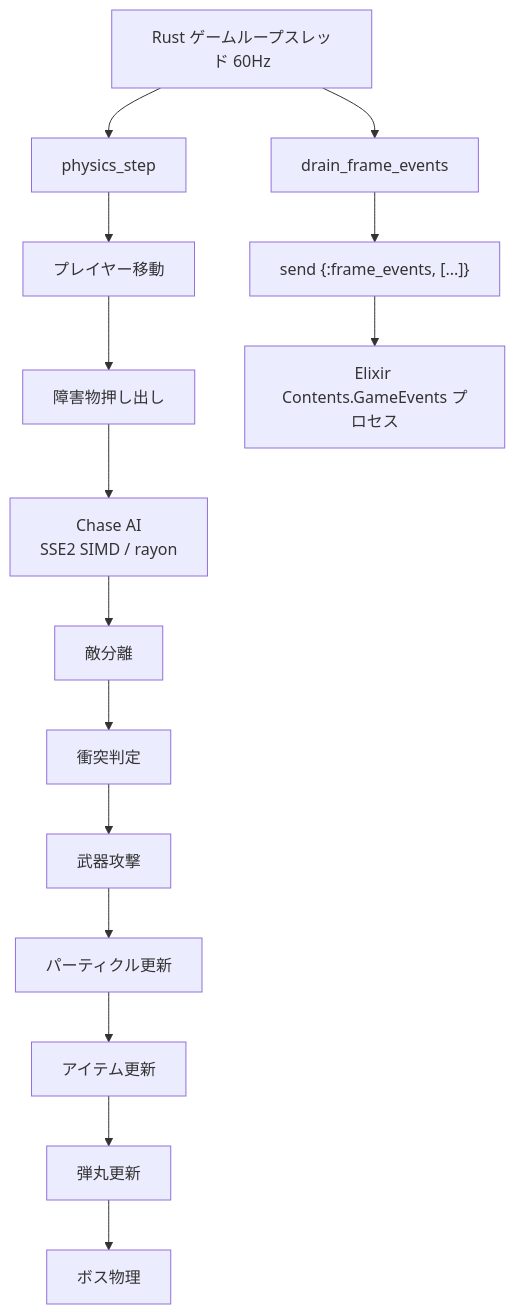
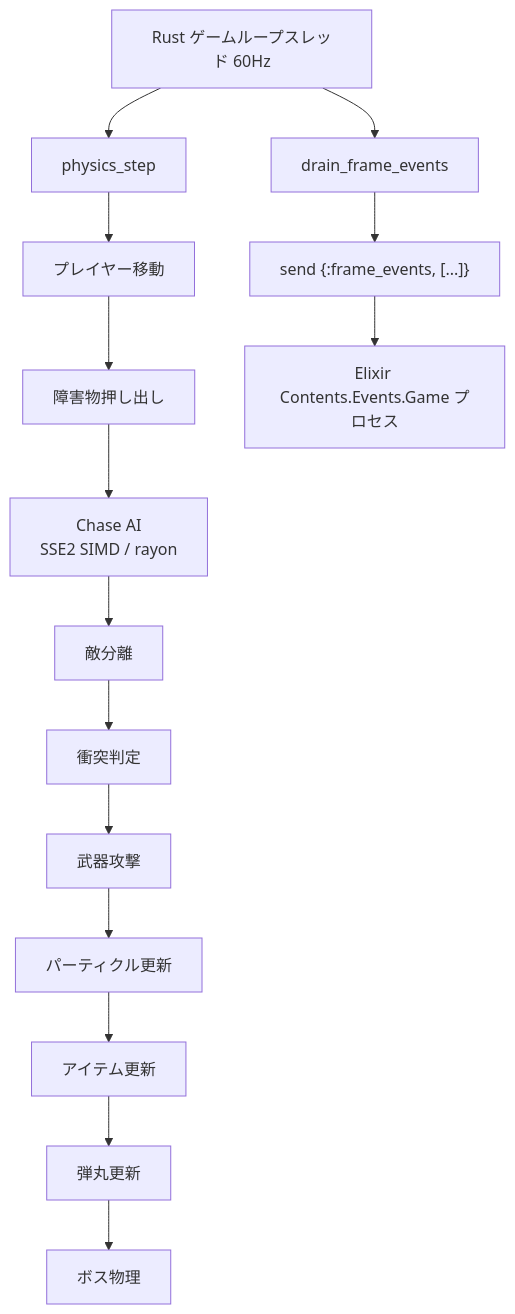
Before and after one commit to FRICK-ELDY/alchemy-engine: the seventh of 16 diagrams in docs/architecture/overview.md, drawn with Mermaid. The commit also changed other lines of this file and 16 other files, not shown here.

Commit message:
refactor(contents): GameEvents を Contents.Events.Game に移行（Phase 1）

````diff
--- a/docs/architecture/overview.md
+++ b/docs/architecture/overview.md
@@ -363,22 +363,22 @@
 ```mermaid
 flowchart TD
     LOOP[Rust ゲームループスレッド 60Hz]
     PS[physics_step]
     PM[プレイヤー移動]
     OB[障害物押し出し]
     AI[Chase AI\nSSE2 SIMD / rayon]
     SEP[敵分離]
     COL[衝突判定]
     WEP[武器攻撃]
     PAR[パーティクル更新]
     ITEM[アイテム更新]
     BUL[弾丸更新]
     BOSS[ボス物理]
     DFE[drain_frame_events]
     SEND["send {:frame_events, [...]}"]
-    GEV[Elixir Contents.GameEvents プロセス]
+    GEV[Elixir Contents.Events.Game プロセス]
 
     LOOP --> PS
     PS --> PM --> OB --> AI --> SEP --> COL --> WEP --> PAR --> ITEM --> BUL --> BOSS
     LOOP --> DFE --> SEND --> GEV
 ```
````
